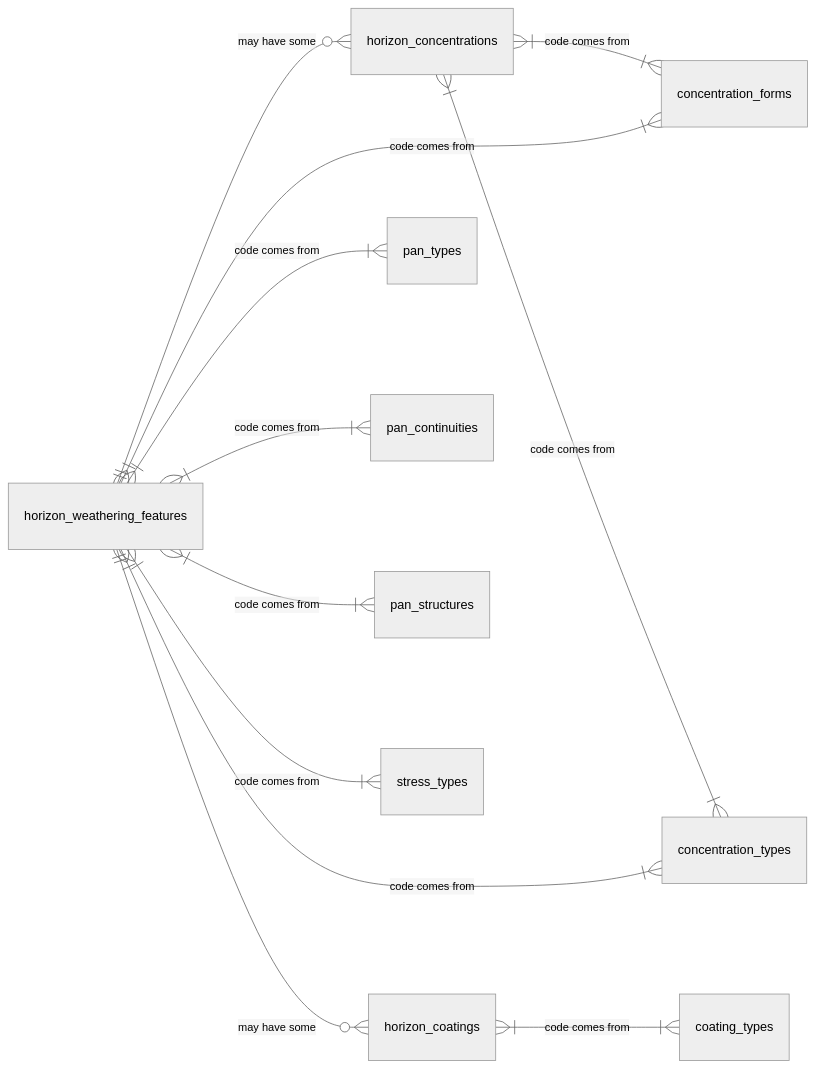
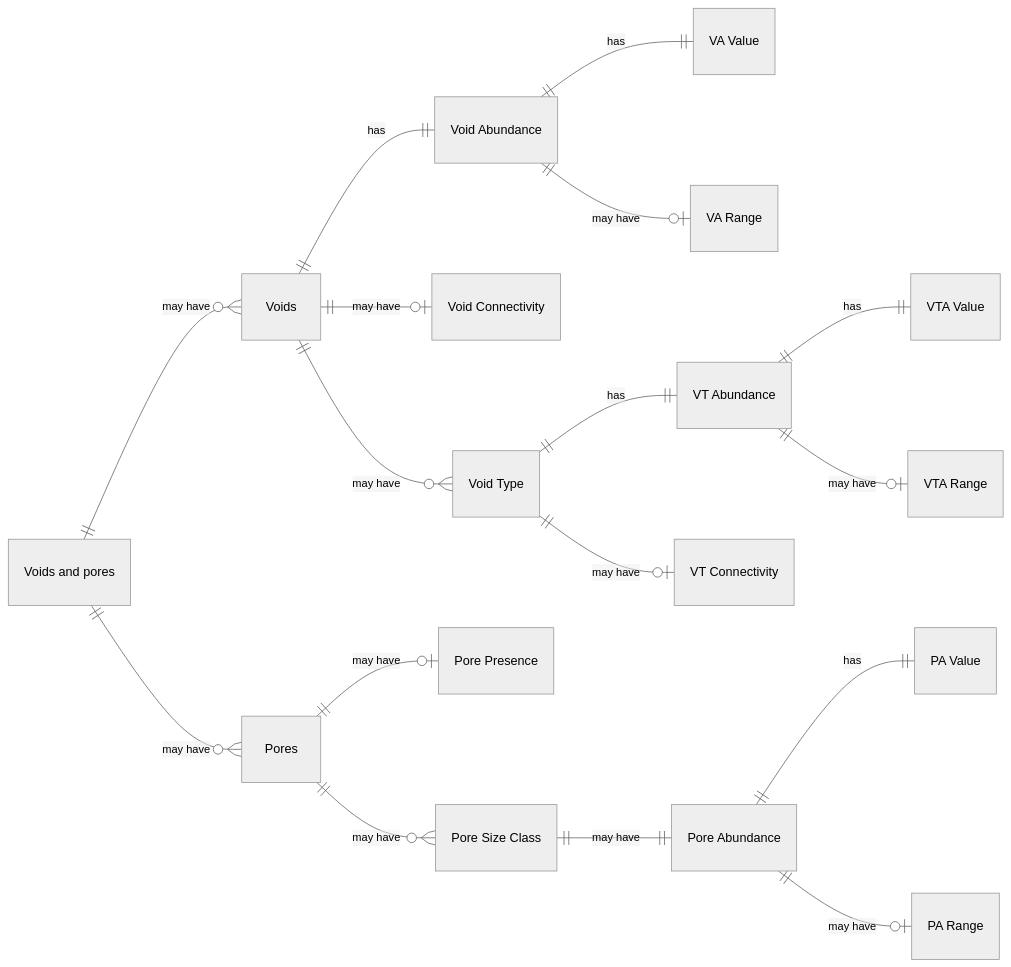
One commit to manaakiwhenua/NZ_soildesc_2024 changed diagram 13 of 19 in ap_data_model.qmd. Above: the diagram before and after it, drawn with Mermaid (neutral theme). The commit also changed other lines of this file, not shown here.

````diff
--- a/ap_data_model.qmd
+++ b/ap_data_model.qmd
@@ -1474,19 +483,24 @@
 ```{mermaid}
-%%| label: fig-mhorseco
-%%| fig-cap: "Horizon weathering features - Overview"
+%%| label: fig-erd-hzn-arch-vp
+%%| fig-cap: "Horizons - Architecture - Voids and Pores"
 
 erDiagram
   direction LR
-  horizon_weathering_features ||--o{ "horizon_concentrations" : "may have some"
-  horizon_concentrations }|--|{ concentration_forms : "code comes from"
-  horizon_concentrations }|--|{ concentration_types : "code comes from"
-  horizon_weathering_features ||--o{ "horizon_coatings" : "may have some"
-  horizon_coatings }|--|{ coating_types : "code comes from"
-  horizon_weathering_features }|--|{ concentration_forms : "code comes from"
-  horizon_weathering_features }|--|{ concentration_types : "code comes from"
-  horizon_weathering_features }|--|{ pan_types : "code comes from"
-  horizon_weathering_features }|--|{ pan_continuities : "code comes from"
-  horizon_weathering_features }|--|{ pan_structures : "code comes from"
-  horizon_weathering_features }|--|{ stress_types : "code comes from"
+    "Voids and pores" ||--o{ Voids : "may have"
+      Voids ||--|| "Void Abundance" : "has"
+        "Void Abundance" ||--|| "VA Value" : "has"
+        "Void Abundance" ||--o| "VA Range" : "may have"  
+      Voids ||--o| "Void Connectivity" : "may have"
+      Voids ||--o{ "Void Type" : "may have"
+        "Void Type" ||--|| "VT Abundance" : "has"
+          "VT Abundance" ||--|| "VTA Value" : "has"
+          "VT Abundance" ||--o| "VTA Range" : "may have" 
+        "Void Type" ||--o| "VT Connectivity" : "may have"
+    "Voids and pores" ||--o{ Pores : "may have" 
+      Pores ||--o| "Pore Presence" : "may have"
+      Pores ||--o{ "Pore Size Class" : "may have"
+        "Pore Size Class" ||--|| "Pore Abundance" : "may have"
+          "Pore Abundance" ||--|| "PA Value" : "has"
+          "Pore Abundance" ||--o| "PA Range" : "may have" 
 
 ```
````
